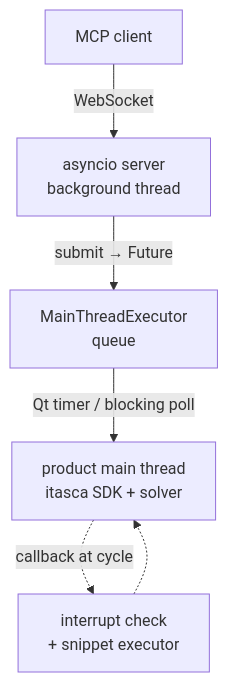
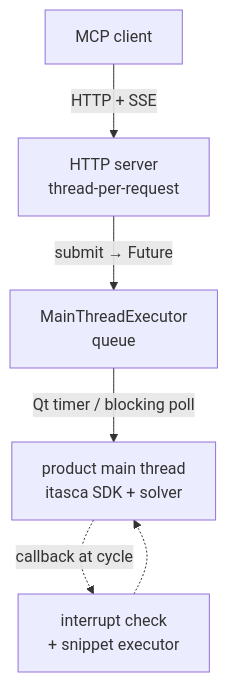
The diagram in README.md (yusong652/itasca-mcp-bridge), drawn with Mermaid before and after one commit. The commit also changed other lines of this file and 1 other file, not shown here.

First line of the commit message:
docs: update bridge READMEs from WebSocket to HTTP + SSE transport

````diff
--- a/README.md
+++ b/README.md
@@ -34,8 +34,8 @@
 ```mermaid
 flowchart TD
-    C[MCP client] -->|WebSocket| S[asyncio server<br/>background thread]
+    C[MCP client] -->|HTTP + SSE| S[HTTP server<br/>thread-per-request]
     S -->|submit → Future| Q[MainThreadExecutor<br/>queue]
     Q -->|Qt timer / blocking poll| M[product main thread<br/>itasca SDK + solver]
     M -.->|callback at cycle| CB[interrupt check<br/>+ snippet executor]
     CB -.-> M
 ```
````
